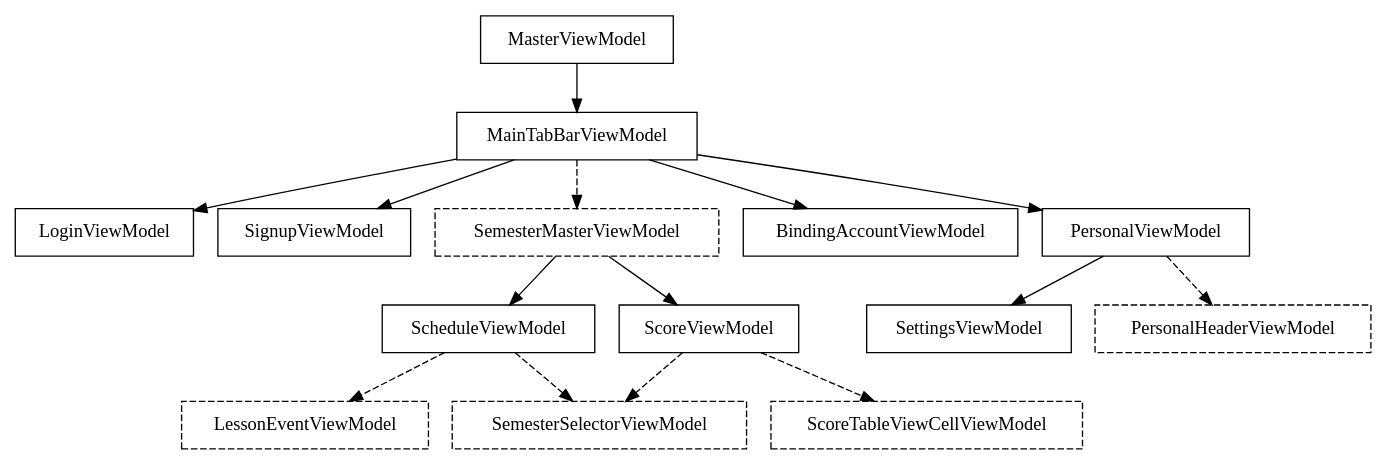
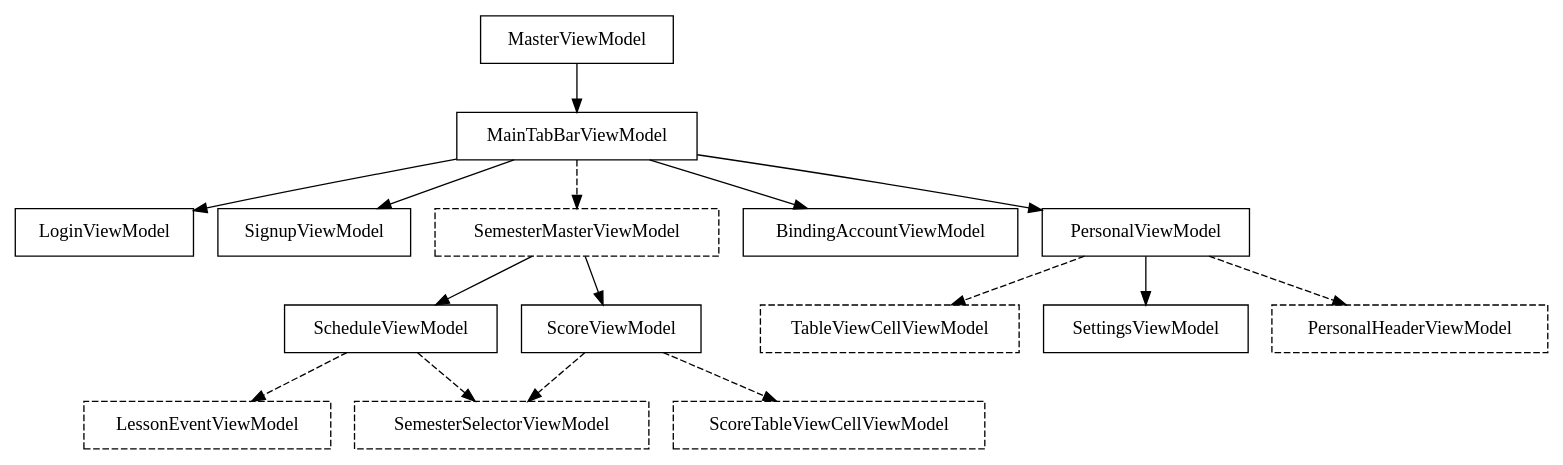
The diagram in Graphviz/ViewModel.dot (ty0x2333/XujcClient-iOS), drawn with Graphviz before and after one commit.

Commit message:
M Graphviz ViewModel add TableViewCellViewModel

```diff
--- a/Graphviz/ViewModel.dot
+++ b/Graphviz/ViewModel.dot
@@ -1,29 +1,32 @@
 digraph ViewModel{
 	node[shape = record];
 
 	MasterViewModel->MainTabBarViewModel;
 
 	MainTabBarViewModel->LoginViewModel;
 	MainTabBarViewModel->SignupViewModel;
 	MainTabBarViewModel->SemesterMasterViewModel[style = dashed];
 	MainTabBarViewModel->BindingAccountViewModel;
 	MainTabBarViewModel->PersonalViewModel;
 
 	SemesterMasterViewModel[style = dashed];
 	SemesterMasterViewModel->ScheduleViewModel;
 	SemesterMasterViewModel->ScoreViewModel;
 
 	ScheduleViewModel->LessonEventViewModel[style = dashed];
 	ScheduleViewModel->SemesterSelectorViewModel[style = dashed];
 	LessonEventViewModel[style = dashed];
 
 	ScoreViewModel->ScoreTableViewCellViewModel[style = dashed];
 	ScoreViewModel->SemesterSelectorViewModel[style = dashed];
 	ScoreTableViewCellViewModel[style = dashed];
 
 	SemesterSelectorViewModel[style = dashed];
 
+	TableViewCellViewModel[style = dashed];
+
 	PersonalViewModel->SettingsViewModel;
 	PersonalViewModel->PersonalHeaderViewModel[style = dashed];
+	PersonalViewModel->TableViewCellViewModel[style = dashed];
 	PersonalHeaderViewModel[style = dashed];
 }
```
